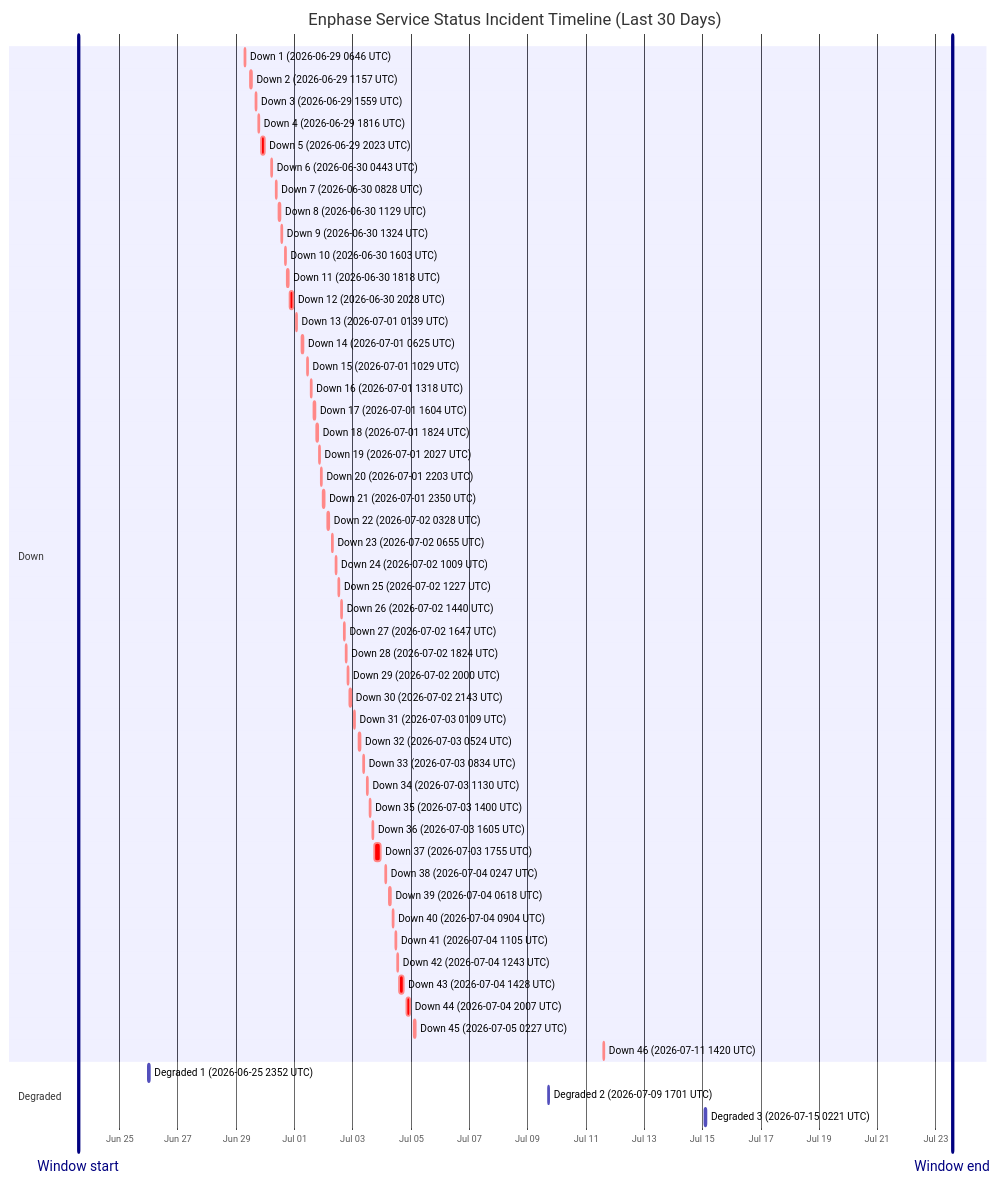
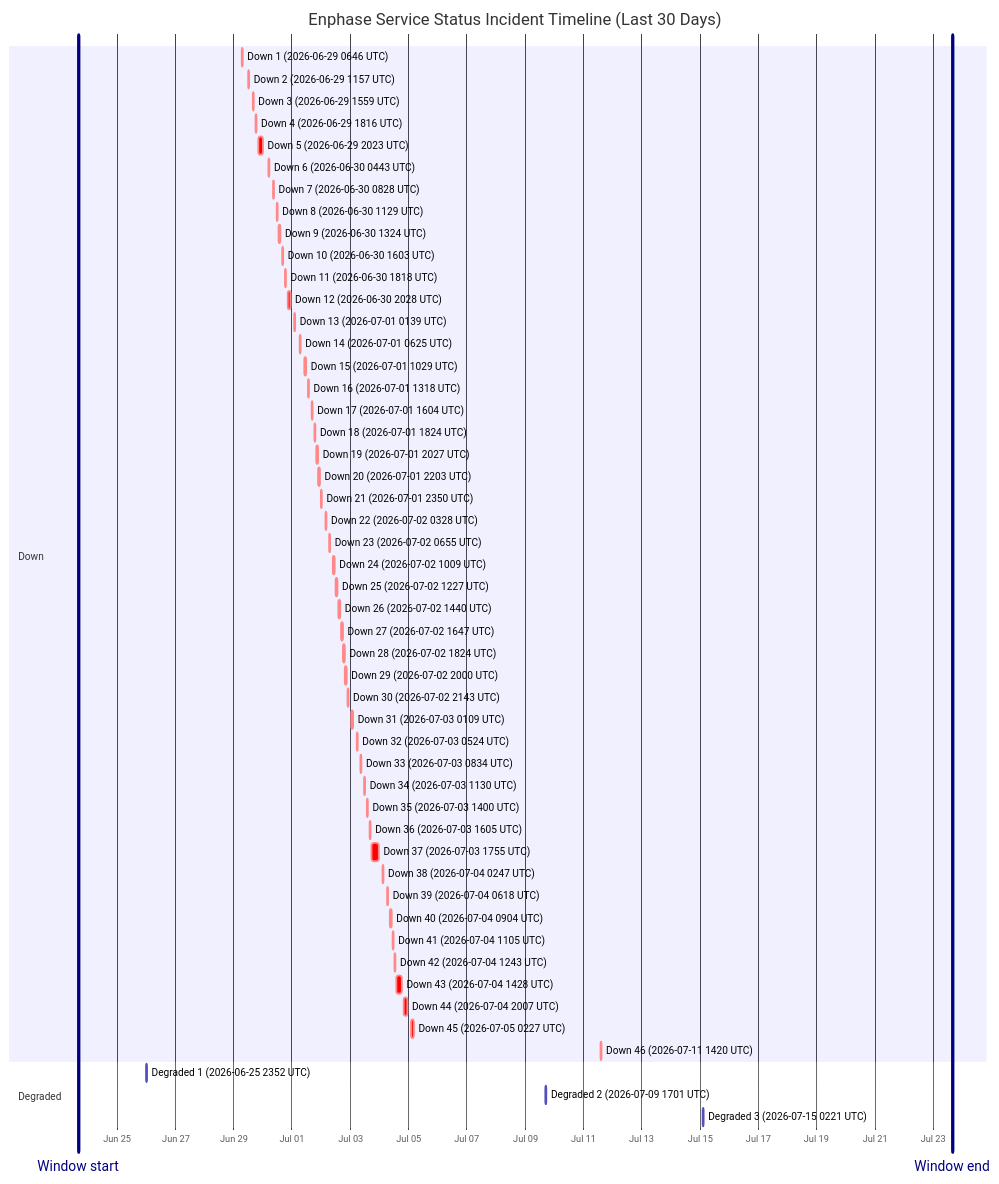
The diagram in wiki/Service-Status-History.md (barneyonline/ha-enphase-energy), drawn with Mermaid before and after one commit. The commit also changed other lines of this file and 3 other files, not shown here.

````diff
--- a/wiki/Service-Status-History.md
+++ b/wiki/Service-Status-History.md
@@ -14,59 +14,59 @@
 ```mermaid
 gantt
     title Enphase Service Status Incident Timeline (Last 30 Days)
     dateFormat  YYYY-MM-DDTHH:mm:ss
     axisFormat  %b %d
-    Window start :vert, window-start, 2026-06-23T13:53:54, 0ms
-    Window end :vert, window-end, 2026-07-23T13:53:54, 0ms
+    Window start :vert, window-start, 2026-06-23T15:54:03, 0ms
+    Window end :vert, window-end, 2026-07-23T15:54:03, 0ms
     section Down
     Down 1 (2026-06-29 0646 UTC) :crit, down-1, 2026-06-29T06:46:18, 60m
     Down 2 (2026-06-29 1157 UTC) :crit, down-2, 2026-06-29T11:57:36, 60m
     Down 3 (2026-06-29 1559 UTC) :crit, down-3, 2026-06-29T15:59:02, 60m
     Down 4 (2026-06-29 1816 UTC) :crit, down-4, 2026-06-29T18:16:38, 60m
     Down 5 (2026-06-29 2023 UTC) :crit, down-5, 2026-06-29T20:23:16, 220m
     Down 6 (2026-06-30 0443 UTC) :crit, down-6, 2026-06-30T04:43:54, 60m
     Down 7 (2026-06-30 0828 UTC) :crit, down-7, 2026-06-30T08:28:43, 60m
     Down 8 (2026-06-30 1129 UTC) :crit, down-8, 2026-06-30T11:29:15, 60m
     Down 9 (2026-06-30 1324 UTC) :crit, down-9, 2026-06-30T13:24:25, 60m
     Down 10 (2026-06-30 1603 UTC) :crit, down-10, 2026-06-30T16:03:26, 60m
     Down 11 (2026-06-30 1818 UTC) :crit, down-11, 2026-06-30T18:18:39, 60m
     Down 12 (2026-06-30 2028 UTC) :crit, down-12, 2026-06-30T20:28:54, 171m
     Down 13 (2026-07-01 0139 UTC) :crit, down-13, 2026-07-01T01:39:18, 60m
     Down 14 (2026-07-01 0625 UTC) :crit, down-14, 2026-07-01T06:25:35, 60m
     Down 15 (2026-07-01 1029 UTC) :crit, down-15, 2026-07-01T10:29:24, 60m
     Down 16 (2026-07-01 1318 UTC) :crit, down-16, 2026-07-01T13:18:31, 60m
     Down 17 (2026-07-01 1604 UTC) :crit, down-17, 2026-07-01T16:04:29, 60m
     Down 18 (2026-07-01 1824 UTC) :crit, down-18, 2026-07-01T18:24:21, 60m
     Down 19 (2026-07-01 2027 UTC) :crit, down-19, 2026-07-01T20:27:17, 60m
     Down 20 (2026-07-01 2203 UTC) :crit, down-20, 2026-07-01T22:03:46, 60m
     Down 21 (2026-07-01 2350 UTC) :crit, down-21, 2026-07-01T23:50:52, 60m
     Down 22 (2026-07-02 0328 UTC) :crit, down-22, 2026-07-02T03:28:33, 60m
     Down 23 (2026-07-02 0655 UTC) :crit, down-23, 2026-07-02T06:55:07, 60m
     Down 24 (2026-07-02 1009 UTC) :crit, down-24, 2026-07-02T10:09:15, 60m
     Down 25 (2026-07-02 1227 UTC) :crit, down-25, 2026-07-02T12:27:49, 60m
     Down 26 (2026-07-02 1440 UTC) :crit, down-26, 2026-07-02T14:40:53, 60m
     Down 27 (2026-07-02 1647 UTC) :crit, down-27, 2026-07-02T16:47:47, 60m
     Down 28 (2026-07-02 1824 UTC) :crit, down-28, 2026-07-02T18:24:26, 60m
     Down 29 (2026-07-02 2000 UTC) :crit, down-29, 2026-07-02T20:00:57, 60m
     Down 30 (2026-07-02 2143 UTC) :crit, down-30, 2026-07-02T21:43:52, 80m
     Down 31 (2026-07-03 0109 UTC) :crit, down-31, 2026-07-03T01:09:19, 60m
     Down 32 (2026-07-03 0524 UTC) :crit, down-32, 2026-07-03T05:24:23, 60m
     Down 33 (2026-07-03 0834 UTC) :crit, down-33, 2026-07-03T08:34:05, 60m
     Down 34 (2026-07-03 1130 UTC) :crit, down-34, 2026-07-03T11:30:41, 60m
     Down 35 (2026-07-03 1400 UTC) :crit, down-35, 2026-07-03T14:00:48, 60m
     Down 36 (2026-07-03 1605 UTC) :crit, down-36, 2026-07-03T16:05:49, 60m
     Down 37 (2026-07-03 1755 UTC) :crit, down-37, 2026-07-03T17:55:54, 338m
     Down 38 (2026-07-04 0247 UTC) :crit, down-38, 2026-07-04T02:47:22, 60m
     Down 39 (2026-07-04 0618 UTC) :crit, down-39, 2026-07-04T06:18:09, 60m
     Down 40 (2026-07-04 0904 UTC) :crit, down-40, 2026-07-04T09:04:41, 60m
     Down 41 (2026-07-04 1105 UTC) :crit, down-41, 2026-07-04T11:05:21, 60m
     Down 42 (2026-07-04 1243 UTC) :crit, down-42, 2026-07-04T12:43:25, 60m
     Down 43 (2026-07-04 1428 UTC) :crit, down-43, 2026-07-04T14:28:07, 243m
     Down 44 (2026-07-04 2007 UTC) :crit, down-44, 2026-07-04T20:07:50, 206m
     Down 45 (2026-07-05 0227 UTC) :crit, down-45, 2026-07-05T02:27:32, 109m
     Down 46 (2026-07-11 1420 UTC) :crit, down-46, 2026-07-11T14:20:54, 69m
     section Degraded
     Degraded 1 (2026-06-25 2352 UTC) :active, degraded-1, 2026-06-25T23:52:01, 60m
     Degraded 2 (2026-07-09 1701 UTC) :active, degraded-2, 2026-07-09T17:01:02, 60m
     Degraded 3 (2026-07-15 0221 UTC) :active, degraded-3, 2026-07-15T02:21:35, 60m
 ```
````
